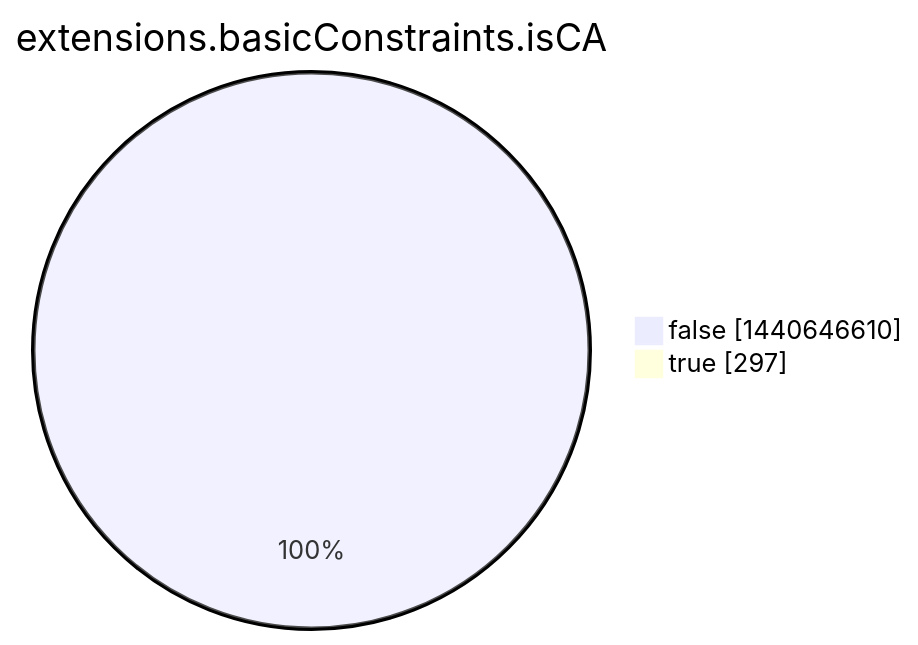
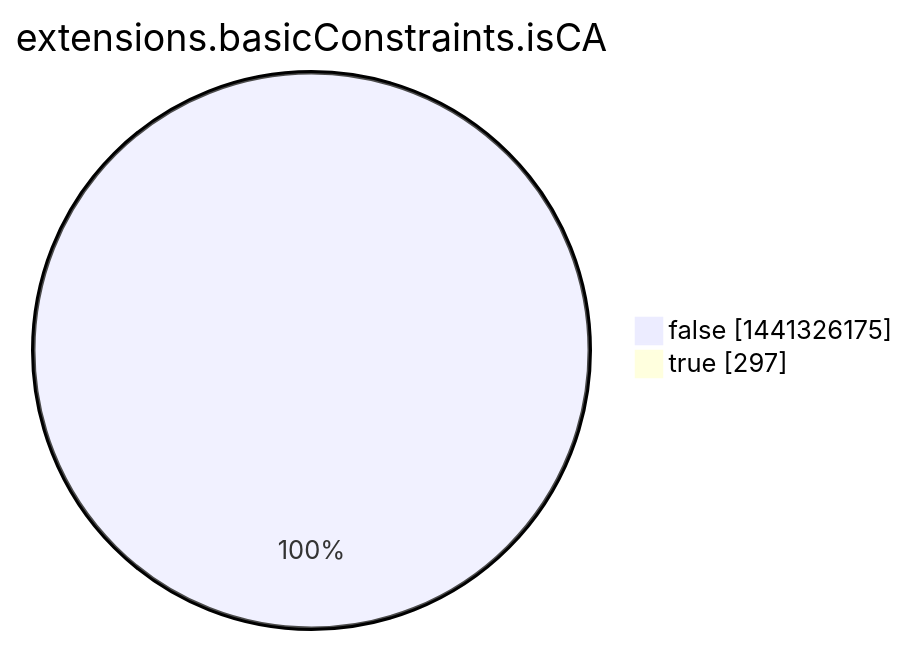
The eighth of 15 diagrams in argon2022/README.md (christiankrug/ctmonitor_visualization), drawn with Mermaid before and after one commit. The commit also changed other lines of this file, not shown here.

````diff
--- a/argon2022/README.md
+++ b/argon2022/README.md
@@ -2760,6 +2760,6 @@
 ```mermaid
 pie showData
 title extensions.basicConstraints.isCA
-"false" :1440646610
+"false" :1441326175
 "true" :297
 ```
````
